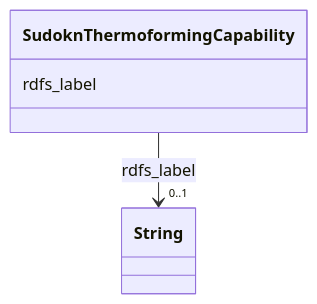
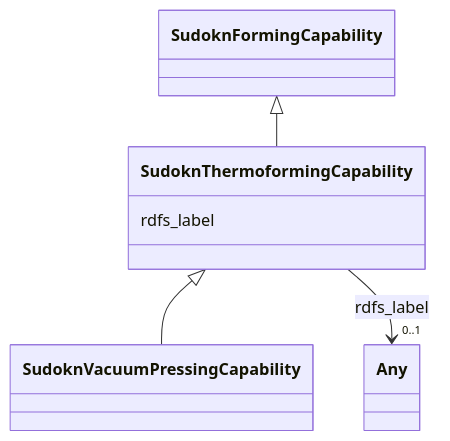
One commit to frink-okn/graph-descriptions changed the diagram in sudokn-kg/classes/SudoknThermoformingCapability.md. Above: the diagram before and after it, drawn with Mermaid. The commit also changed other lines of this file and 903 other files, not shown here.

````diff
--- a/sudokn-kg/classes/SudoknThermoformingCapability.md
+++ b/sudokn-kg/classes/SudoknThermoformingCapability.md
@@ -23,15 +18,23 @@
 ```mermaid
  classDiagram
     class SudoknThermoformingCapability
     click SudoknThermoformingCapability href "../SudoknThermoformingCapability"
+      SudoknFormingCapability <|-- SudoknThermoformingCapability
+        click SudoknFormingCapability href "../SudoknFormingCapability"
+      
+
+      SudoknThermoformingCapability <|-- SudoknVacuumPressingCapability
+        click SudoknVacuumPressingCapability href "../SudoknVacuumPressingCapability"
+      
+      
       SudoknThermoformingCapability : rdfs_label
         
           
     
     
-    SudoknThermoformingCapability --> "0..1" String : rdfs_label
-    click String href "../String"
+    SudoknThermoformingCapability --> "0..1" Any : rdfs_label
+    click Any href "../Any"
 
         
       
 ```
````
